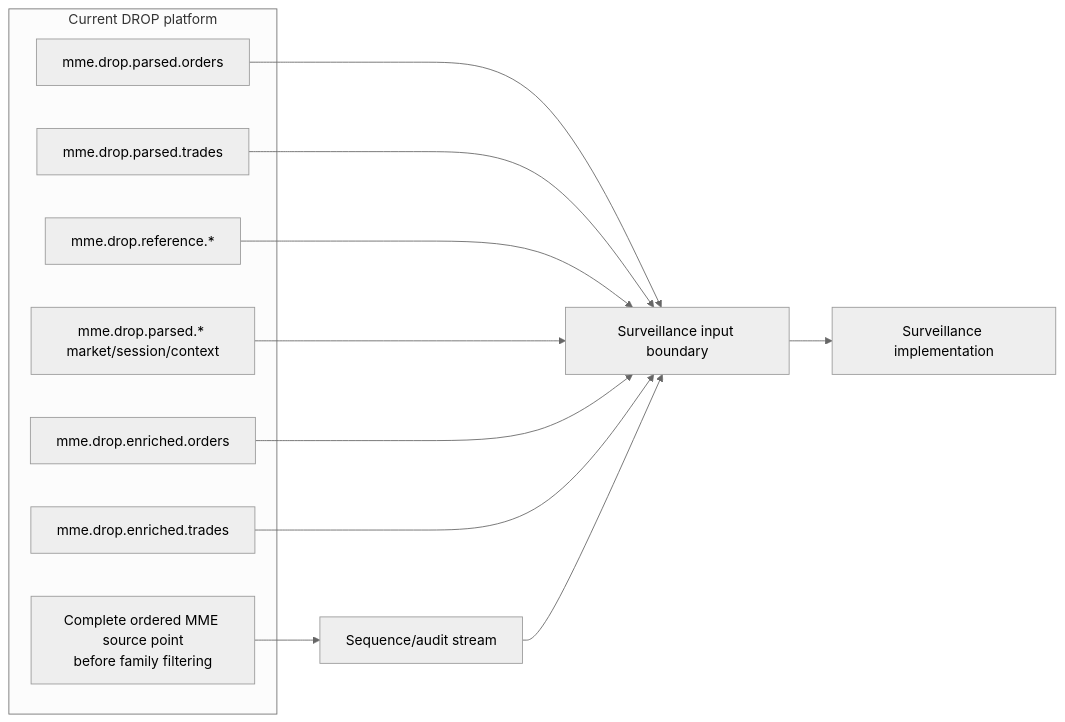
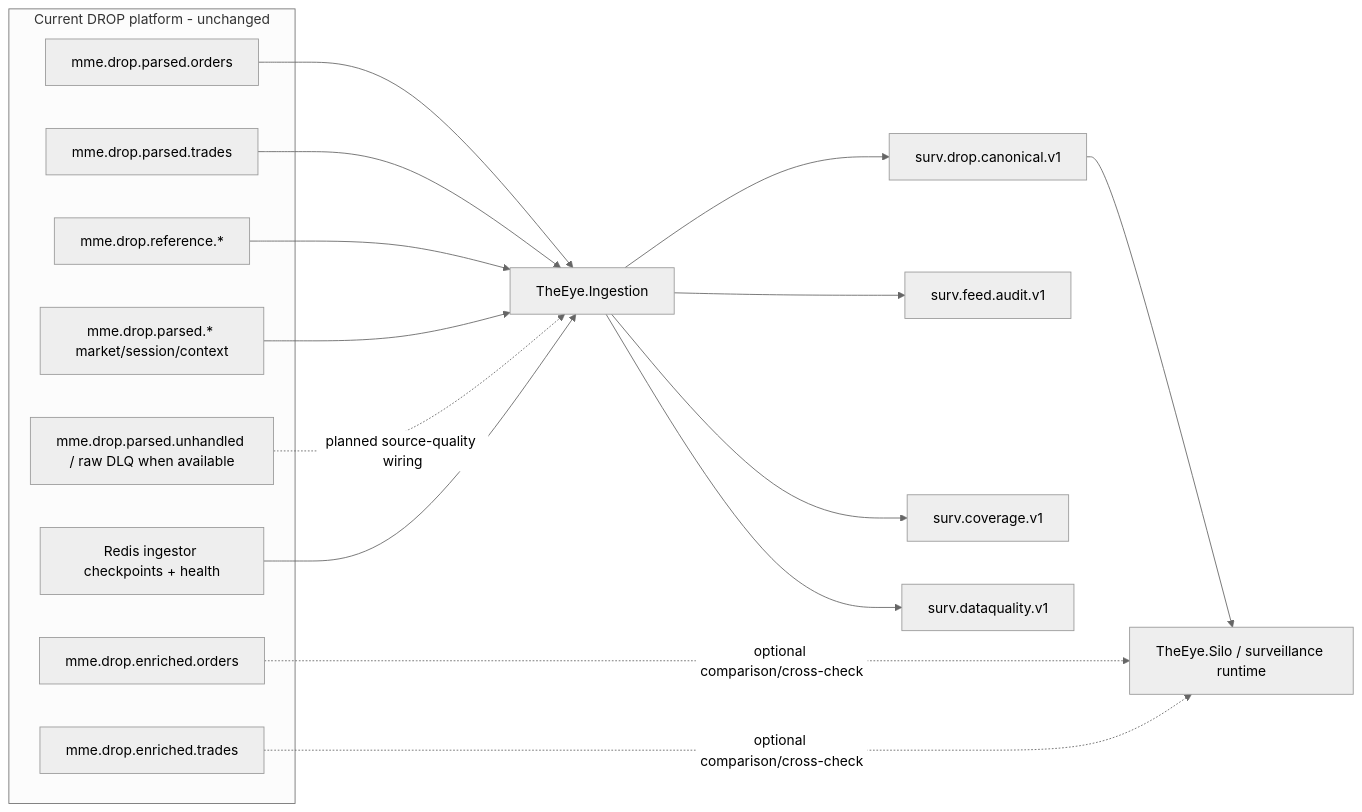
One commit to adnanelhabashy/surveillance-knowledge-base changed the diagram in Market-Surveillance-Full-Plan-Doc-Refrence/DROP-Current-System/06 - Surveillance Data Interface Boundary.md. Above: the diagram before and after it, drawn with Mermaid (neutral theme). The commit also changed other lines of this file, not shown here.

Commit message:
docs: update surveillance interface boundary to canonical Ingestor output

````diff
--- a/Market-Surveillance-Full-Plan-Doc-Refrence/DROP-Current-System/06 - Surveillance Data Interface Boundary.md
+++ b/Market-Surveillance-Full-Plan-Doc-Refrence/DROP-Current-System/06 - Surveillance Data Interface Boundary.md
@@ -16,22 +18,26 @@
 ```mermaid
 flowchart LR
-    subgraph DROP[Current DROP platform]
+    subgraph DROP[Current DROP platform - unchanged]
       PO[mme.drop.parsed.orders]
       PT[mme.drop.parsed.trades]
       REF[mme.drop.reference.*]
       CTX[mme.drop.parsed.* market/session/context]
+      Q[mme.drop.parsed.unhandled / raw DLQ when available]
       EO[mme.drop.enriched.orders]
       ET[mme.drop.enriched.trades]
-      FULL[Complete ordered MME source point\nbefore family filtering]
+      RK[Redis ingestor checkpoints + health]
     end
 
-    PO --> B[Surveillance input boundary]
-    PT --> B
-    REF --> B
-    CTX --> B
-    EO --> B
-    ET --> B
-    FULL --> AUDIT[Sequence/audit stream]
-    AUDIT --> B
-    B --> SURV[Surveillance implementation]
+    PO & PT & REF & CTX --> ING[TheEye.Ingestion]
+    Q -. planned source-quality wiring .-> ING
+    RK --> ING
+
+    ING --> CAN[surv.drop.canonical.v1]
+    ING --> AUD[surv.feed.audit.v1]
+    ING --> COV[surv.coverage.v1]
+    ING --> DQ[surv.dataquality.v1]
+
+    CAN --> SILO[TheEye.Silo / surveillance runtime]
+
+    EO & ET -. optional comparison/cross-check .-> SILO
 ```
````
